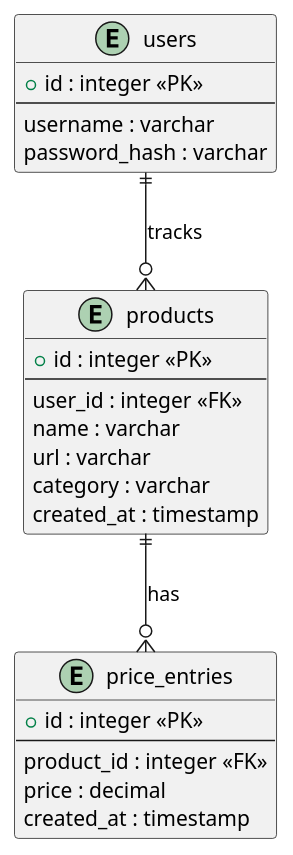
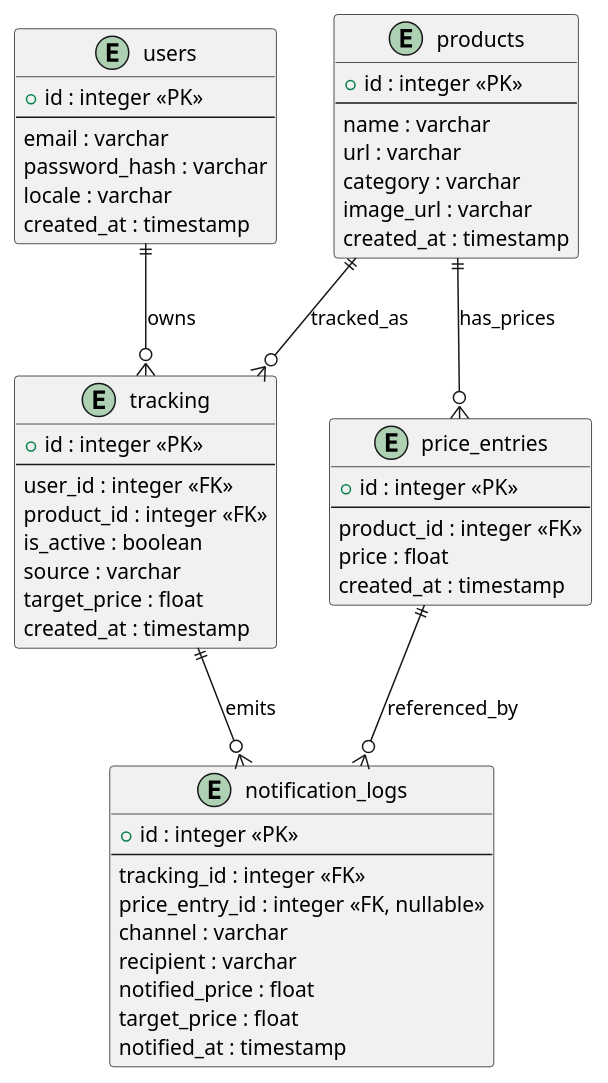
The diagram in docs/db_model.puml (TheJokerGun/PriceGoblin), drawn with PlantUML before and after one commit. The commit also changed 21 other files, not shown here.

First line of the commit message:
Add user manual, update diagrams, and enhance notification service

```diff
--- a/docs/db_model.puml
+++ b/docs/db_model.puml
@@ -1,32 +1,59 @@
-@startuml DB Model
- 
+@startuml DBModel
+
 entity users {
   + id : integer <<PK>>
   --
-  username : varchar
+  email : varchar
   password_hash : varchar
+  locale : varchar
+  created_at : timestamp
 }
- 
+
 entity products {
   + id : integer <<PK>>
   --
-  user_id : integer <<FK>>
   name : varchar
   url : varchar
   category : varchar
+  image_url : varchar
   created_at : timestamp
 }
- 
+
+entity tracking {
+  + id : integer <<PK>>
+  --
+  user_id : integer <<FK>>
+  product_id : integer <<FK>>
+  is_active : boolean
+  source : varchar
+  target_price : float
+  created_at : timestamp
+}
+
 entity price_entries {
   + id : integer <<PK>>
   --
   product_id : integer <<FK>>
-  price : decimal
+  price : float
   created_at : timestamp
 }
- 
-' Relationships
-users ||--o{ products : "tracks"
-products ||--o{ price_entries : "has"
- 
+
+entity notification_logs {
+  + id : integer <<PK>>
+  --
+  tracking_id : integer <<FK>>
+  price_entry_id : integer <<FK, nullable>>
+  channel : varchar
+  recipient : varchar
+  notified_price : float
+  target_price : float
+  notified_at : timestamp
+}
+
+users ||--o{ tracking : owns
+products ||--o{ tracking : tracked_as
+products ||--o{ price_entries : has_prices
+tracking ||--o{ notification_logs : emits
+price_entries ||--o{ notification_logs : referenced_by
+
 @enduml
```
